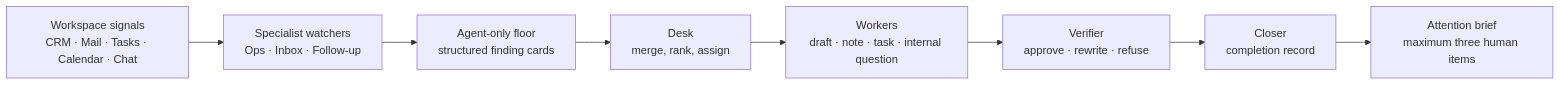
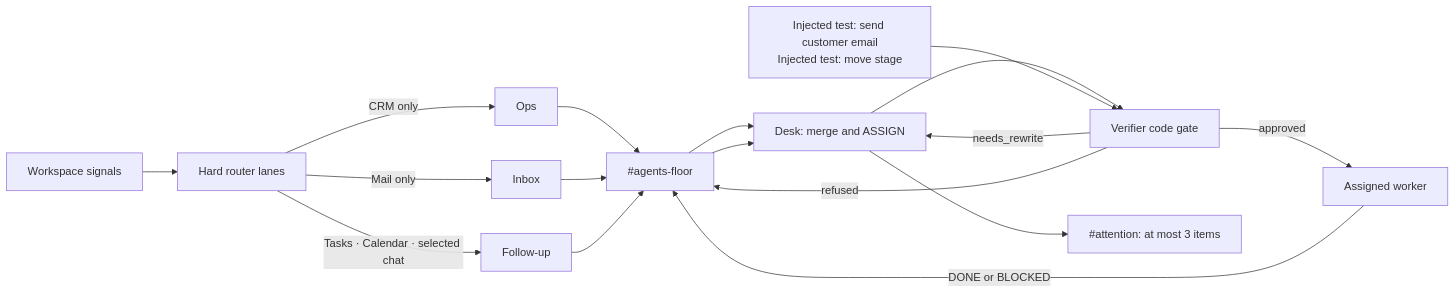
One commit to raihanahmed258/ai-tinkerers-hackathon changed the diagram in demo/architecture.md. Above: the diagram before and after it, drawn with Mermaid. The commit also changed other lines of this file and 10 other files, not shown here.

````diff
--- a/demo/architecture.md
+++ b/demo/architecture.md
@@ -5,10 +5,19 @@
 ```mermaid
 flowchart LR
-  A[Workspace signals\nCRM · Mail · Tasks · Calendar · Chat] --> B[Specialist watchers\nOps · Inbox · Follow-up]
-  B --> C[Agent-only floor\nstructured finding cards]
-  C --> D[Desk\nmerge, rank, assign]
-  D --> E[Workers\ndraft · note · task · internal question]
-  E --> F[Verifier\napprove · rewrite · refuse]
-  F --> G[Closer\ncompletion record]
-  G --> H[Attention brief\nmaximum three human items]
+  S[Workspace signals] --> R[Hard router lanes]
+  R -->|CRM only| O[Ops]
+  R -->|Mail only| I[Inbox]
+  R -->|Tasks · Calendar · selected chat| F[Follow-up]
+  O --> FLOOR[#agents-floor]
+  I --> FLOOR
+  F --> FLOOR
+  FLOOR --> D[Desk: merge and ASSIGN]
+  D --> V[Verifier code gate]
+  V -->|approved| W[Assigned worker]
+  V -->|needs_rewrite| D
+  V -->|refused| FLOOR
+  W -->|DONE or BLOCKED| FLOOR
+  FLOOR --> D
+  D --> BRIEF[#attention: at most 3 items]
+  T[Injected test: send customer email\nInjected test: move stage] --> V
 ```
````
